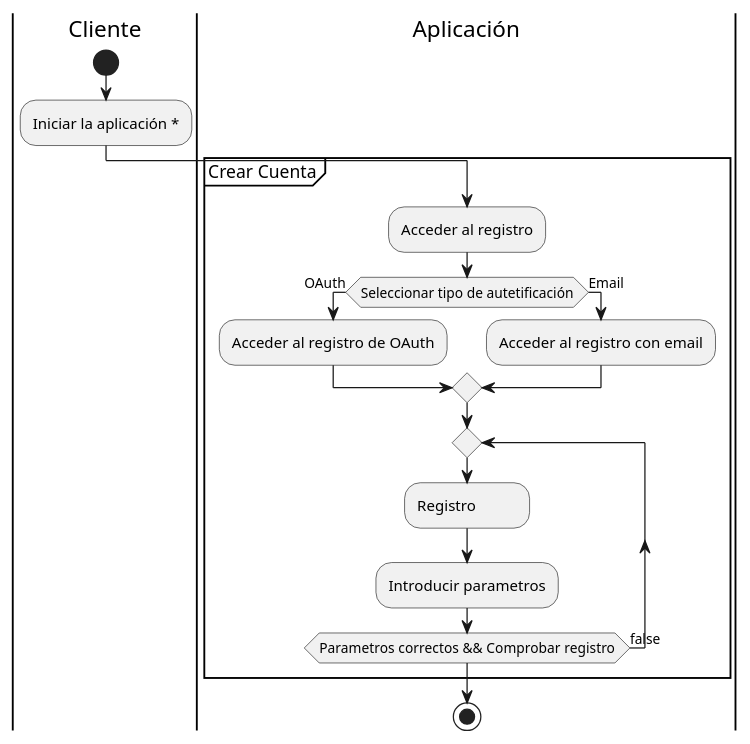
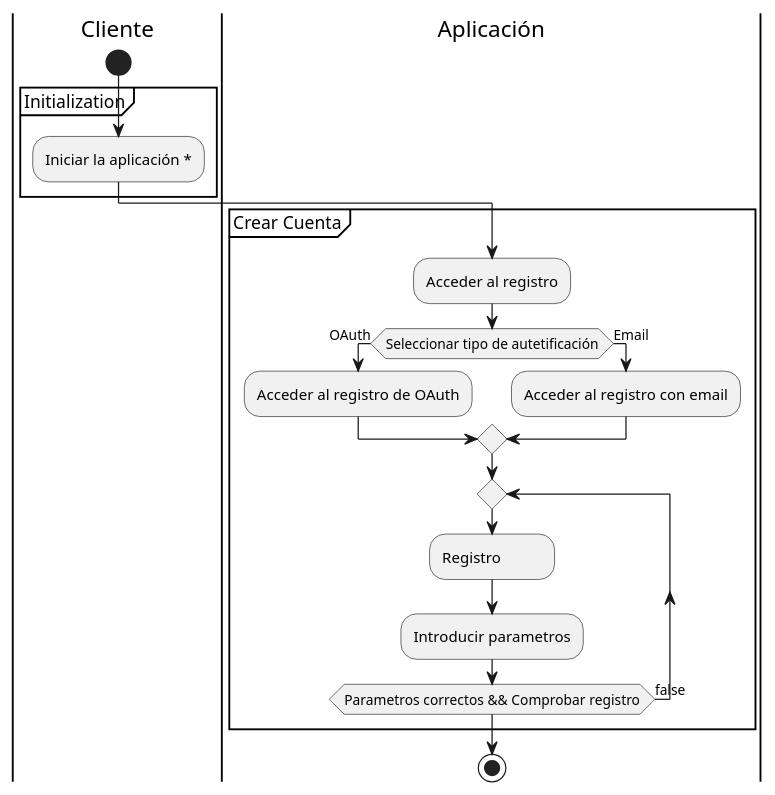
Before and after one commit to nonodev96/THUMDER: the diagram in UML/6.1.ActivityDiagram.puml, drawn with PlantUML. The commit also changed 62 other files, not shown here.

Commit message:
add login in cypress with cookies user add timer in machine add navigation list add code iterator stage ["--", "WB", "ME", "EX", "ID", "IF", "--"] add new translations add runner.json change UML remove href="#"

```diff
--- a/UML/6.1.ActivityDiagram.puml
+++ b/UML/6.1.ActivityDiagram.puml
@@ -1,33 +1,35 @@
 @startuml
 'https://plantuml.com/activity-diagram-beta
 
 'Crear una cuenta
 
 skinparam defaultFontName consolas
 skinparam minClassWidth 100
 skinparam conditionStyle inside
 
 |Cliente|
 
   start
-  :Iniciar la aplicación *;
-
-partition "Crear Cuenta" {
- |Aplicación|
-  :Acceder al registro;
-  if (Seleccionar tipo de autetificación) then (OAuth)
-    :Acceder al registro de OAuth;
-  else (Email)
-    :Acceder al registro con email;
-  endif
+  partition Initialization {
+    :Iniciar la aplicación *;
+  }
 
 |Aplicación|
 
-  repeat
-    :Registro;
-    :Introducir parametros;
-  repeat while (Parametros correctos && Comprobar registro) is (false)
-}
-  stop
+  partition "Crear Cuenta" {
+    :Acceder al registro;
+    if (Seleccionar tipo de autetificación) then (OAuth)
+      :Acceder al registro de OAuth;
+    else (Email)
+      :Acceder al registro con email;
+    endif
+
+    repeat
+      :Registro;
+      :Introducir parametros;
+    repeat while (Parametros correctos && Comprobar registro) is (false)
+  }
+
+stop
 
 @enduml
```
